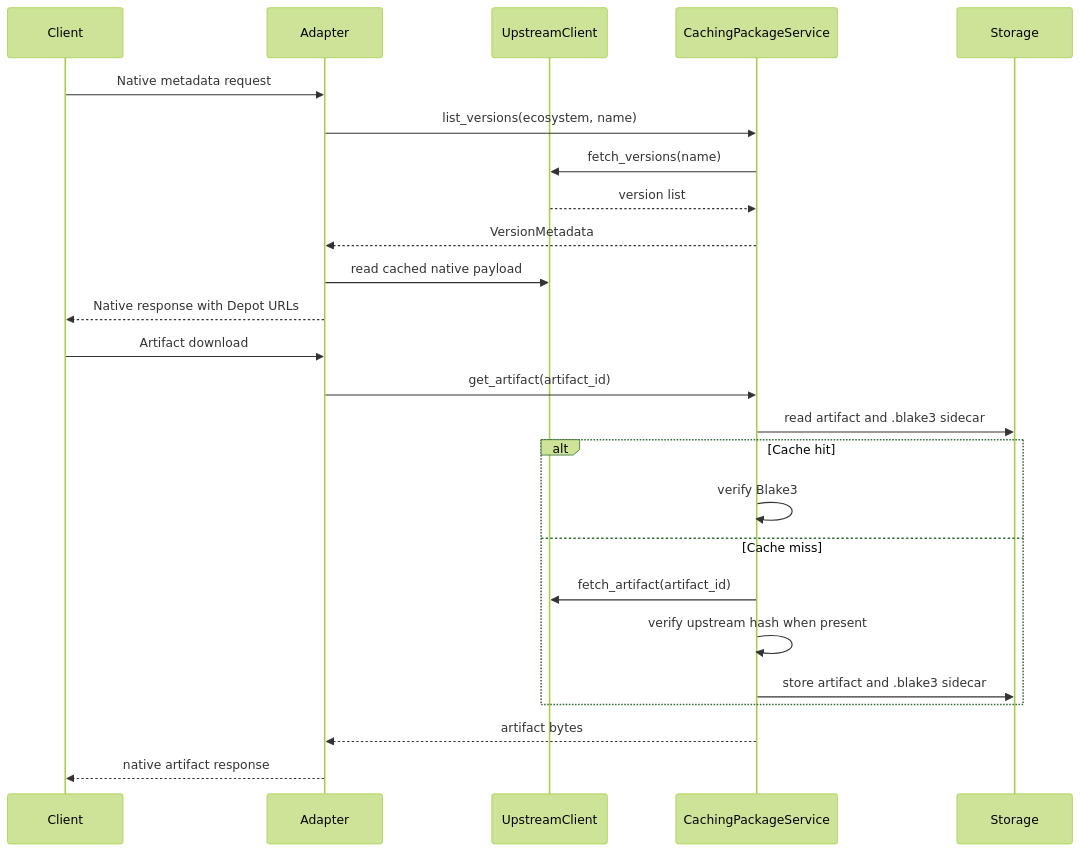
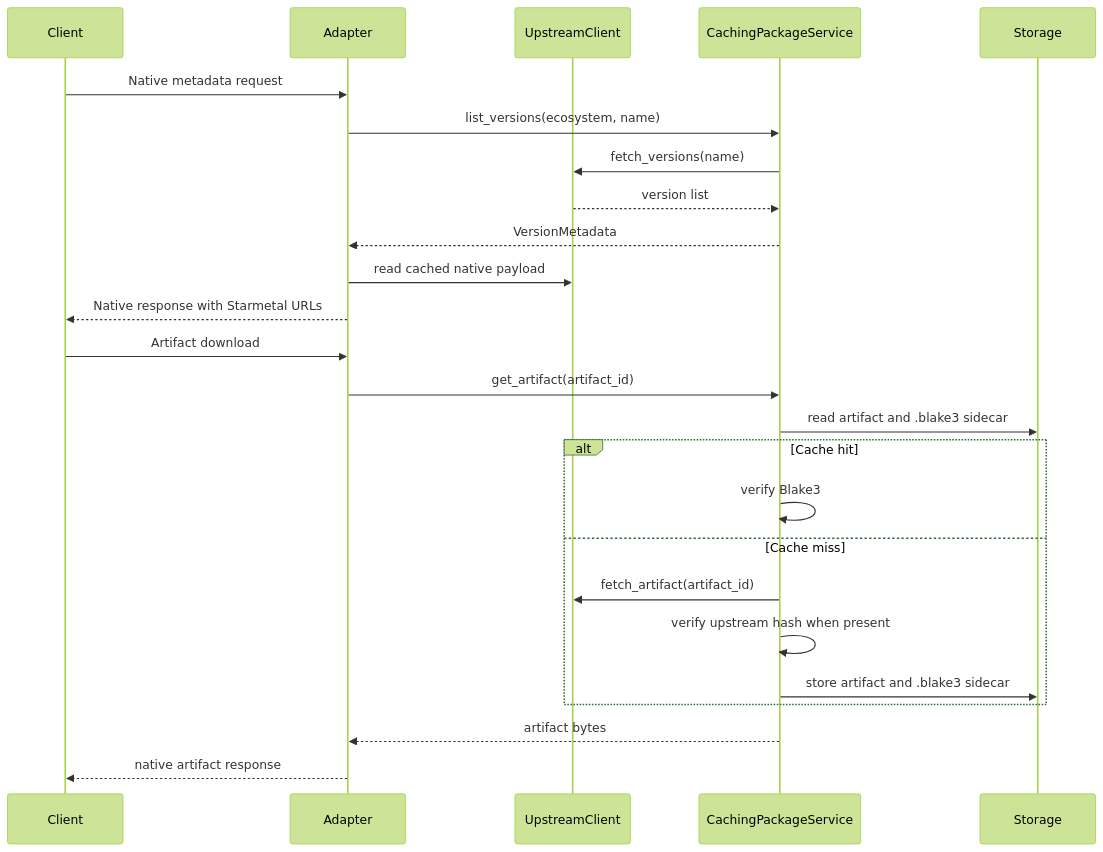
One commit to Goldziher/starmetal changed the third of 3 diagrams in docs/architecture.md. Above: the diagram before and after it, drawn with Mermaid (forest theme). The commit also changed other lines of this file and 48 other files, not shown here.

````diff
--- a/docs/architecture.md
+++ b/docs/architecture.md
@@ -136,29 +136,29 @@
 ```mermaid
 sequenceDiagram
     participant Client
     participant Adapter
     participant UpstreamClient
     participant Service as CachingPackageService
     participant Storage
 
     Client->>Adapter: Native metadata request
     Adapter->>Service: list_versions(ecosystem, name)
     Service->>UpstreamClient: fetch_versions(name)
     UpstreamClient-->>Service: version list
     Service-->>Adapter: VersionMetadata
     Adapter->>UpstreamClient: read cached native payload
-    Adapter-->>Client: Native response with Depot URLs
+    Adapter-->>Client: Native response with Starmetal URLs
 
     Client->>Adapter: Artifact download
     Adapter->>Service: get_artifact(artifact_id)
     Service->>Storage: read artifact and .blake3 sidecar
     alt Cache hit
         Service->>Service: verify Blake3
     else Cache miss
         Service->>UpstreamClient: fetch_artifact(artifact_id)
         Service->>Service: verify upstream hash when present
         Service->>Storage: store artifact and .blake3 sidecar
     end
     Service-->>Adapter: artifact bytes
     Adapter-->>Client: native artifact response
 ```
````
